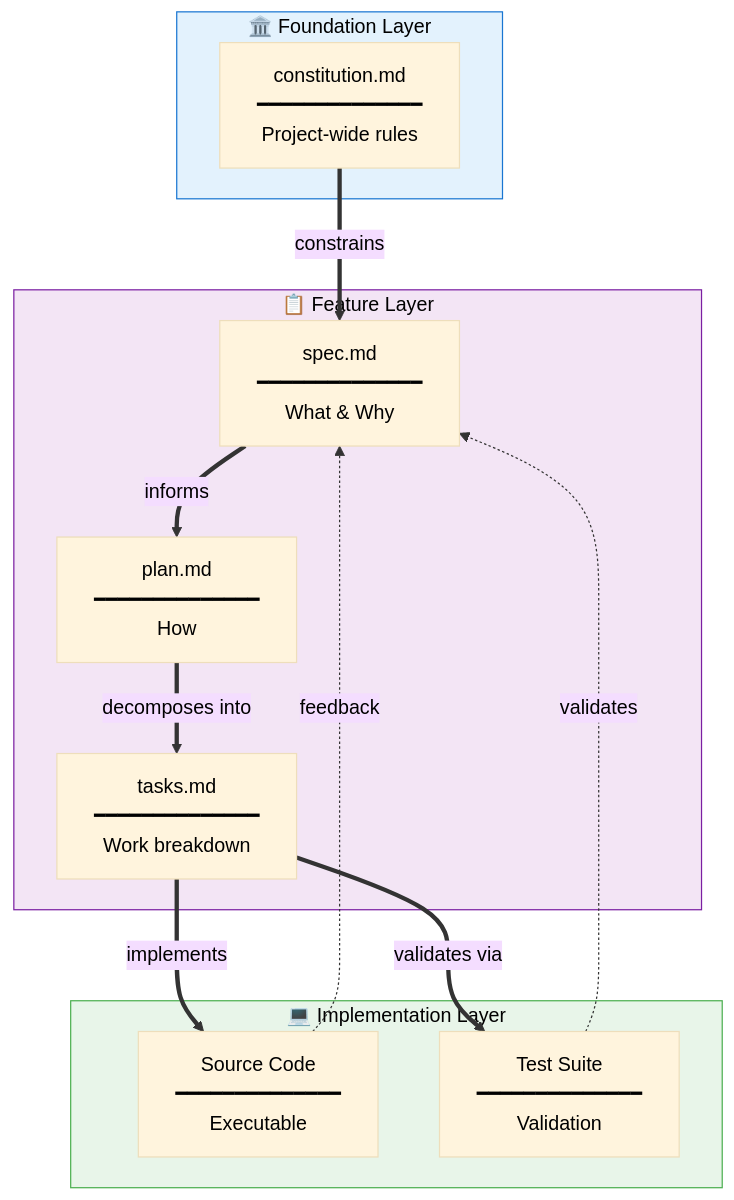
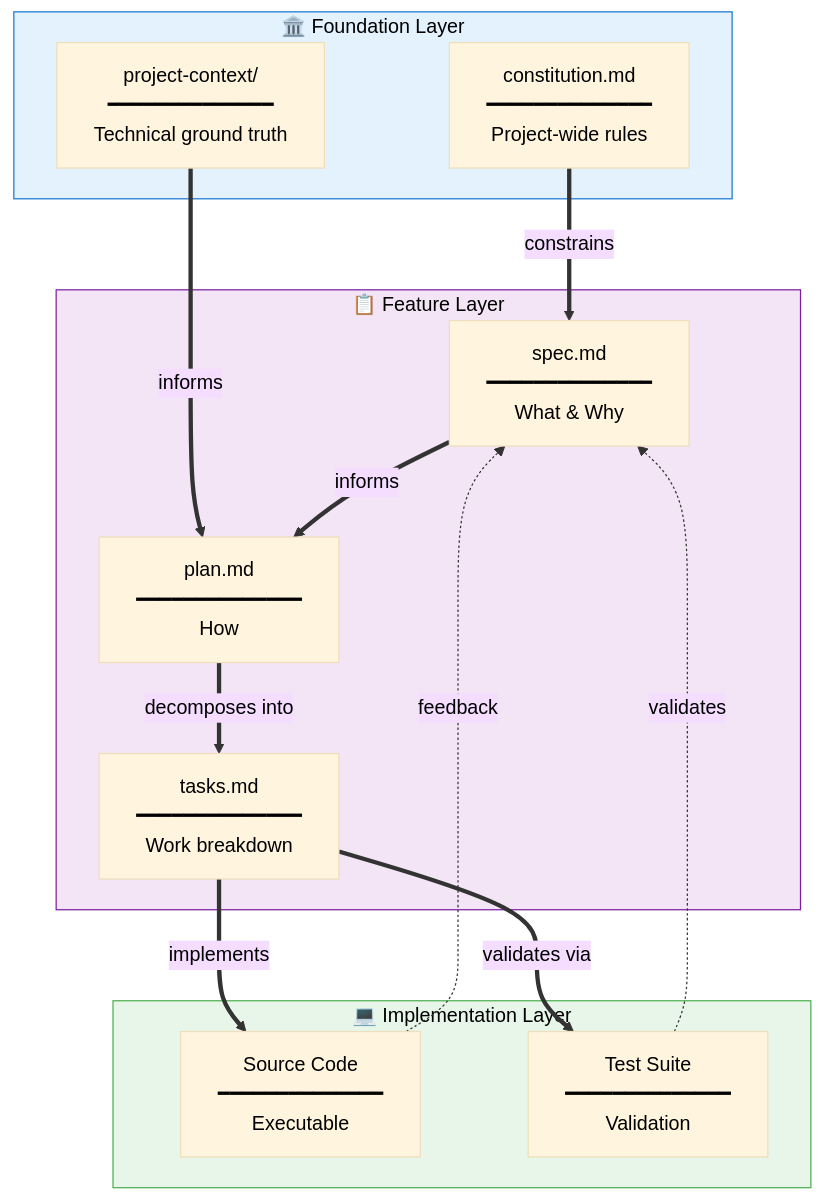
Before and after one commit to Trindade11/Teste: the second of 7 diagrams in .specify/docs/flows/artifact-relationships.md, drawn with Mermaid. The commit also changed other lines of this file and 25 other files, not shown here.

````diff
--- a/.specify/docs/flows/artifact-relationships.md
+++ b/.specify/docs/flows/artifact-relationships.md
@@ -66,31 +74,33 @@
 ```mermaid
 %%{init: {'theme': 'base', 'themeVariables': { 'primaryTextColor': '#000', 'secondaryTextColor': '#000', 'tertiaryTextColor': '#000', 'lineColor': '#333'}}}%%
 flowchart TD
     subgraph Foundation["🏛️ Foundation Layer"]
         Constitution["constitution.md<br/>━━━━━━━━━━━━━━<br/>Project-wide rules"]
+        Context["project-context/<br/>━━━━━━━━━━━━━━<br/>Technical ground truth"]
     end
     
     subgraph Feature["📋 Feature Layer"]
         Spec["spec.md<br/>━━━━━━━━━━━━━━<br/>What & Why"]
         Plan["plan.md<br/>━━━━━━━━━━━━━━<br/>How"]
         Tasks["tasks.md<br/>━━━━━━━━━━━━━━<br/>Work breakdown"]
     end
     
     subgraph Implementation["💻 Implementation Layer"]
         Code["Source Code<br/>━━━━━━━━━━━━━━<br/>Executable"]
         Tests["Test Suite<br/>━━━━━━━━━━━━━━<br/>Validation"]
     end
     
     Constitution ==>|constrains| Spec
+    Context ==>|informs| Plan
     Spec ==>|informs| Plan
     Plan ==>|decomposes into| Tasks
     Tasks ==>|implements| Code
     Tasks ==>|validates via| Tests
     
     Code -.->|feedback| Spec
     Tests -.->|validates| Spec
     
     style Foundation fill:#e3f2fd,stroke:#1976d2,color:#000
     style Feature fill:#f3e5f5,stroke:#7b1fa2,color:#000
     style Implementation fill:#e8f5e9,stroke:#4caf50,color:#000
 ```
````
